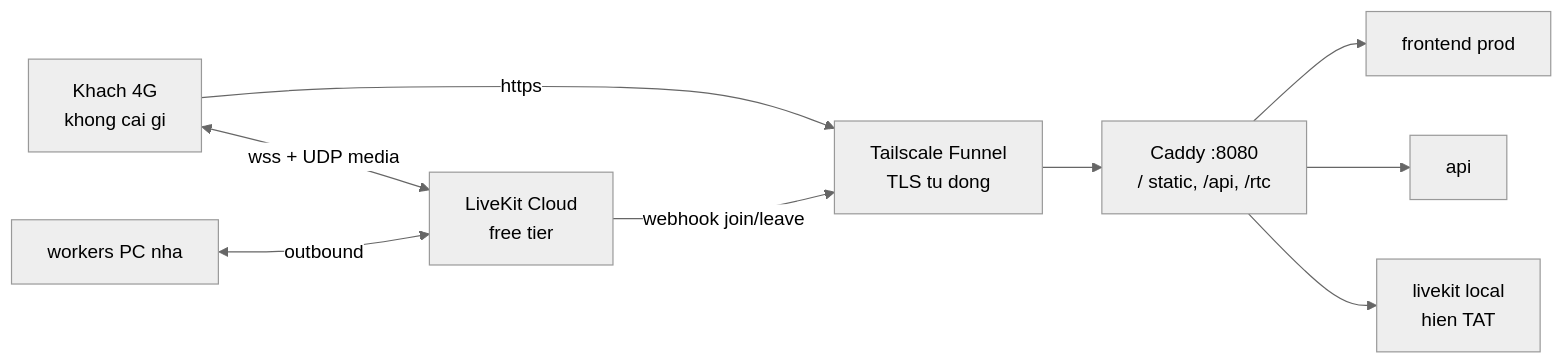
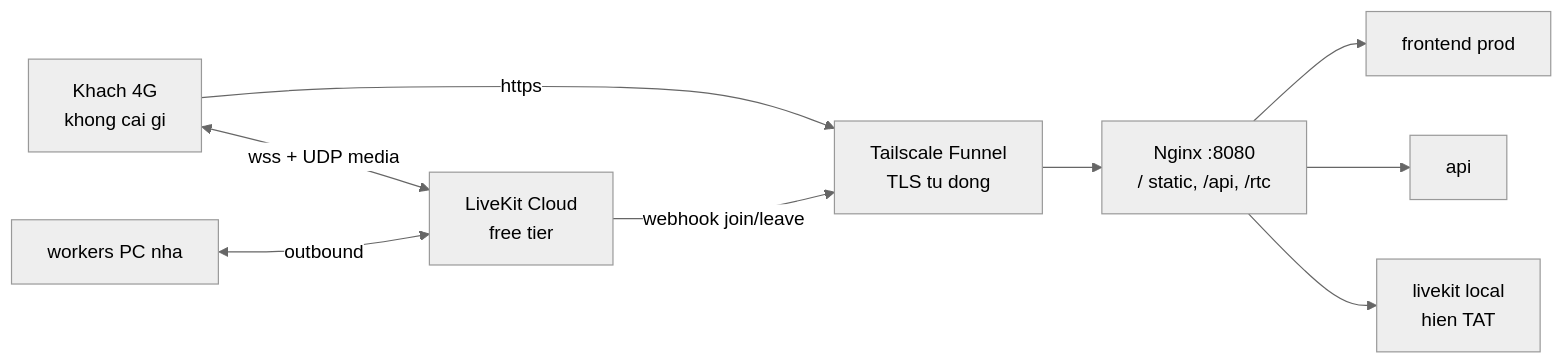
One commit to bexanhtuoi/E-Room changed the ninth of 10 diagrams in docs/workflow.md. Above: the diagram before and after it, drawn with Mermaid (neutral theme). The commit also changed 10 other files, not shown here.

First line of the commit message:
infra: replace Caddy with nginx, clarify frontend ports

````diff
--- a/docs/workflow.md
+++ b/docs/workflow.md
@@ -129,11 +129,11 @@
 ```mermaid
 flowchart LR
     V[Khach 4G<br/>khong cai gi] -->|https| F[Tailscale Funnel<br/>TLS tu dong]
-    F --> C[Caddy :8080<br/>/ static, /api, /rtc]
+    F --> C[Nginx :8080<br/>/ static, /api, /rtc]
     C --> FE[frontend prod]
     C --> API[api]
     C --> LK[livekit local<br/>hien TAT]
     V <-->|wss + UDP media| LC[LiveKit Cloud<br/>free tier]
     W[workers PC nha] <-->|outbound| LC
     LC -->|webhook join/leave| F
 ```
````
